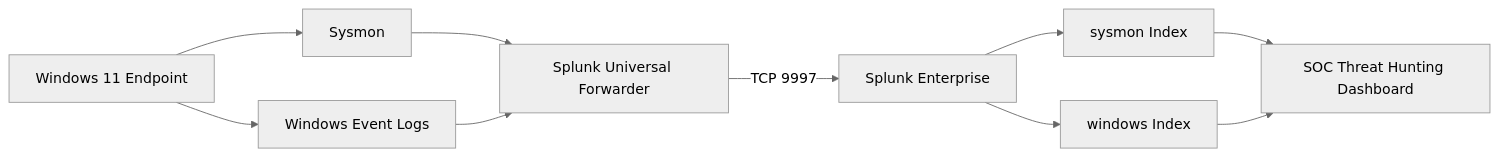
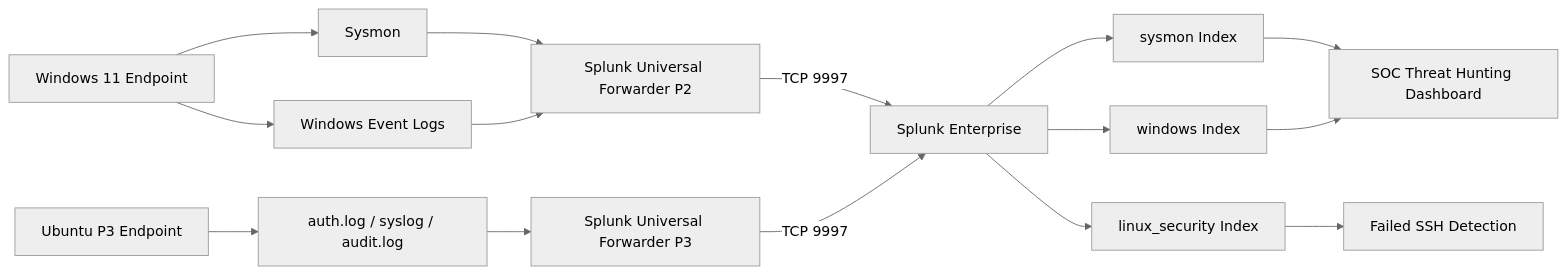
The diagram in README.md (NATTOMR/splunk-soc-threat-hunting-lab), drawn with Mermaid (neutral theme) before and after one commit. The commit also changed other lines of this file and 2 other files, not shown here.

First line of the commit message:
docs: add P3 Linux Security Monitoring documentation

````diff
--- a/README.md
+++ b/README.md
@@ -33,12 +34,17 @@
 ```mermaid
 flowchart LR
     A[Windows 11 Endpoint] --> B[Sysmon]
     A --> C[Windows Event Logs]
-    B --> D[Splunk Universal Forwarder]
+    B --> D[Splunk Universal Forwarder P2]
     C --> D
     D -->|TCP 9997| E[Splunk Enterprise]
     E --> F[windows Index]
     E --> G[sysmon Index]
     G --> H[SOC Threat Hunting Dashboard]
     F --> H
+    P3[Ubuntu P3 Endpoint] --> L[auth.log / syslog / audit.log]
+    L --> UF2[Splunk Universal Forwarder P3]
+    UF2 -->|TCP 9997| E
+    E --> I[linux_security Index]
+    I --> J[Failed SSH Detection]
 ```
````
